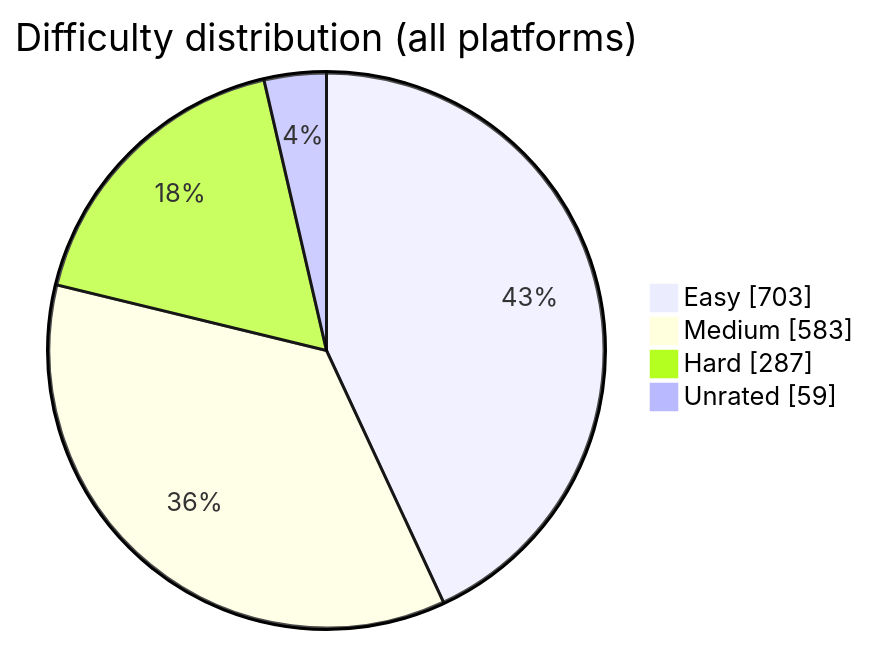
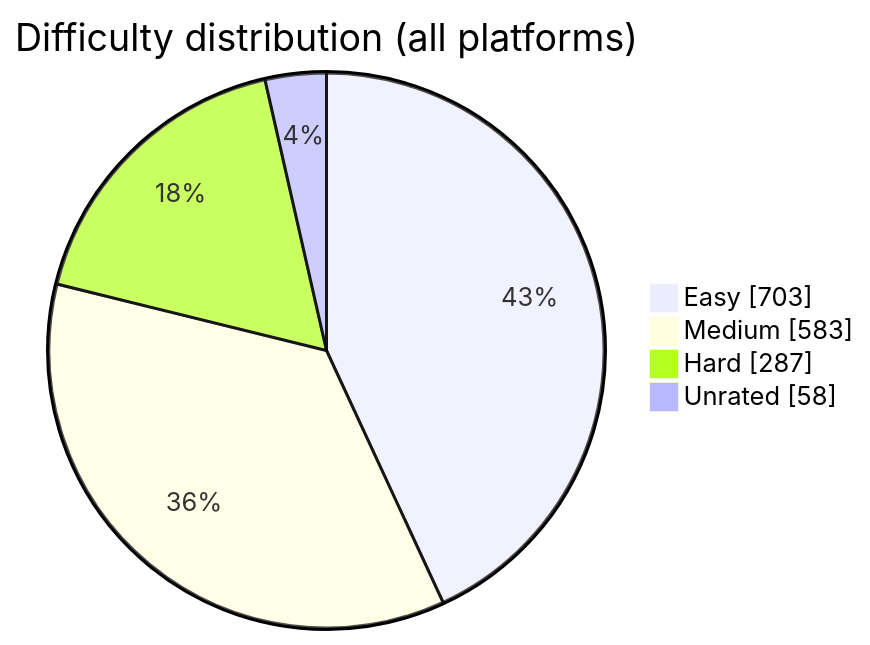
One commit to BuildbyArindam/Daily-Coding-Log changed the diagram in README.md. Above: the diagram before and after it, drawn with Mermaid. The commit also changed other lines of this file, not shown here.

````diff
--- a/README.md
+++ b/README.md
@@ -93,7 +93,7 @@
 ```mermaid
 pie showData title Difficulty distribution (all platforms)
     "Easy" : 703
     "Medium" : 583
     "Hard" : 287
-    "Unrated" : 59
+    "Unrated" : 58
 ```
````
